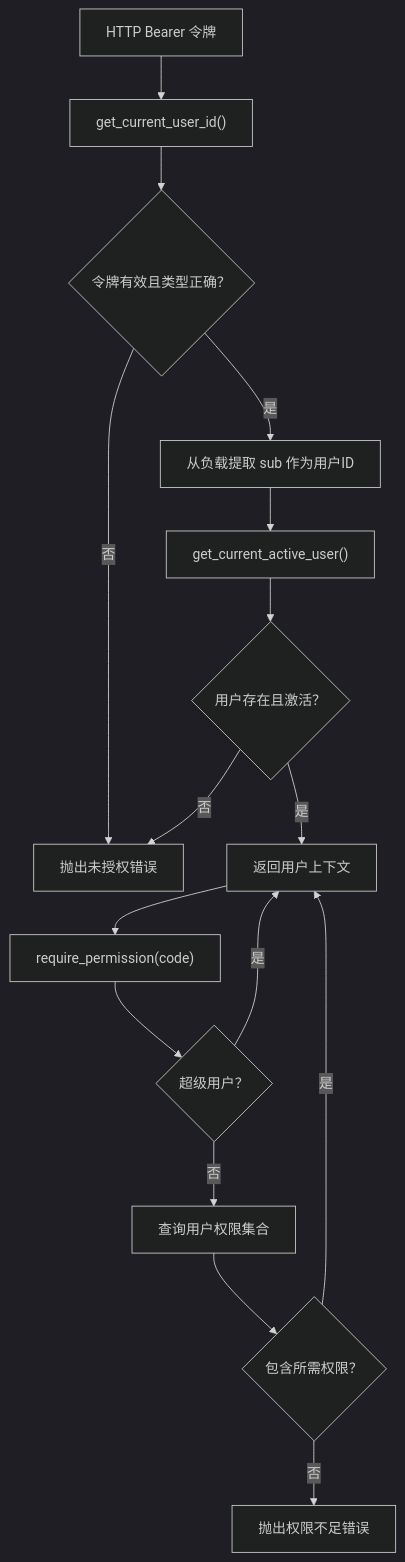
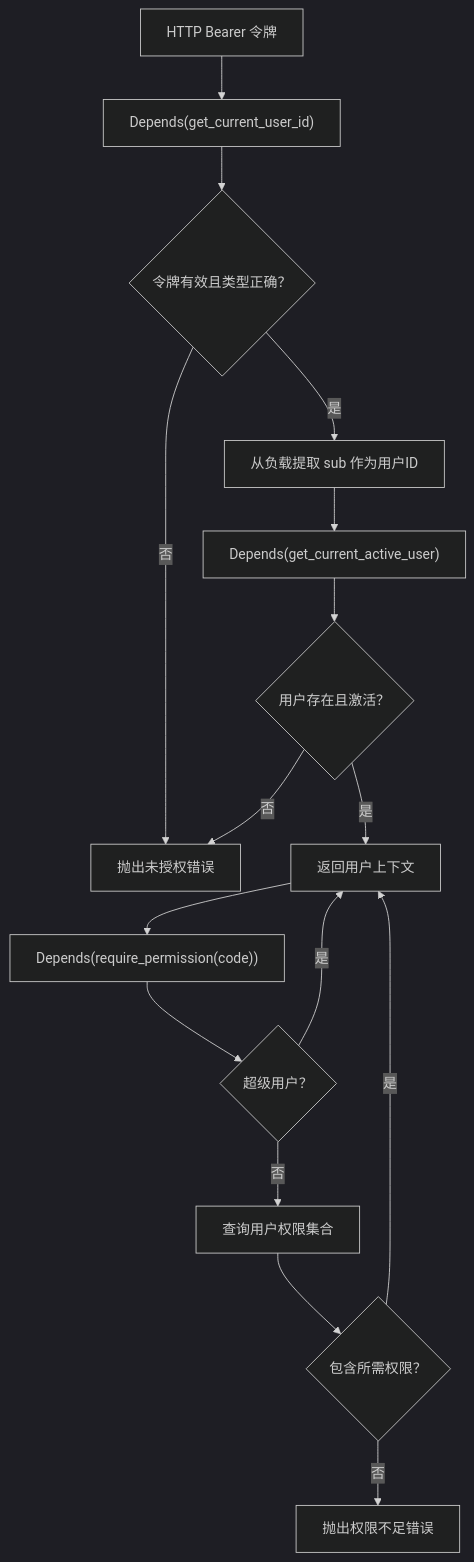
One commit to taoweidong/Hello-FastApi changed the seventh of 9 diagrams in .qoder/repowiki/zh/content/后端架构设计/DDD 分层架构详解/表现层（API Routes）.md. Above: the diagram before and after it, drawn with Mermaid (dark theme). The commit also changed other lines of this file and 18 other files, not shown here.

````diff
--- a/.qoder/repowiki/zh/content/后端架构设计/DDD 分层架构详解/表现层（API Routes）.md
+++ b/.qoder/repowiki/zh/content/后端架构设计/DDD 分层架构详解/表现层（API Routes）.md
@@ -310,18 +358,18 @@
 ```mermaid
 flowchart TD
-A["HTTP Bearer 令牌"] --> B["get_current_user_id()"]
+A["HTTP Bearer 令牌"] --> B["Depends(get_current_user_id)"]
 B --> C{"令牌有效且类型正确？"}
 C --> |否| E["抛出未授权错误"]
 C --> |是| D["从负载提取 sub 作为用户ID"]
-D --> F["get_current_active_user()"]
+D --> F["Depends(get_current_active_user)"]
 F --> G{"用户存在且激活？"}
 G --> |否| E
 G --> |是| H["返回用户上下文"]
-H --> I["require_permission(code)"]
+H --> I["Depends(require_permission(code))"]
 I --> J{"超级用户？"}
 J --> |是| H
 J --> |否| K["查询用户权限集合"]
 K --> L{"包含所需权限？"}
 L --> |否| M["抛出权限不足错误"]
 L --> |是| H
 ```
````
